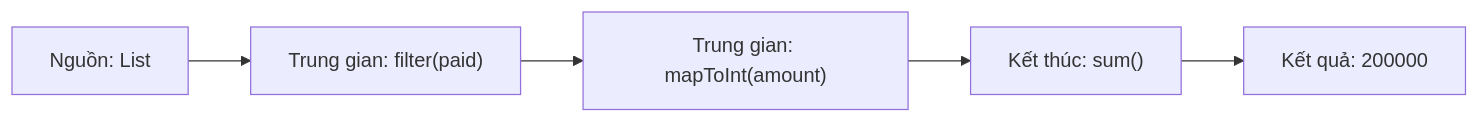
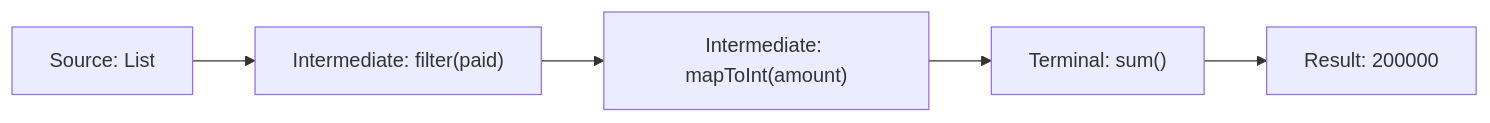
The diagram in module/platform/development/programming/language/java/core/stream-api/content/knowledge/en/1.stream-api-overview/stream-api-overview-001.md (phuongnguyenit93/learning-platform-data), drawn with Mermaid before and after one commit. The commit also changed other lines of this file and 2307 other files, not shown here.

```diff
--- a/module/platform/development/programming/language/java/core/stream-api/content/knowledge/en/1.stream-api-overview/stream-api-overview-001.md
+++ b/module/platform/development/programming/language/java/core/stream-api/content/knowledge/en/1.stream-api-overview/stream-api-overview-001.md
@@ -85,7 +85,7 @@
 ~~~mermaid
 flowchart LR
-    A["Nguồn: List<Order>"] --> B["Trung gian: filter(paid)"]
-    B --> C["Trung gian: mapToInt(amount)"]
-    C --> D["Kết thúc: sum()"]
-    D --> E["Kết quả: 200000"]
+    A["Source: List<Order>"] --> B["Intermediate: filter(paid)"]
+    B --> C["Intermediate: mapToInt(amount)"]
+    C --> D["Terminal: sum()"]
+    D --> E["Result: 200000"]
 ~~~
```
